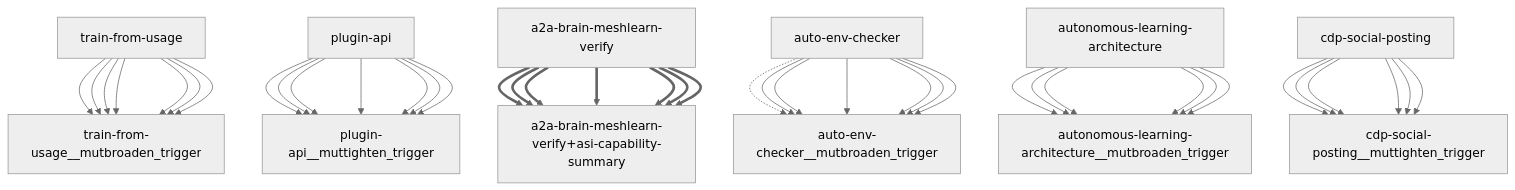
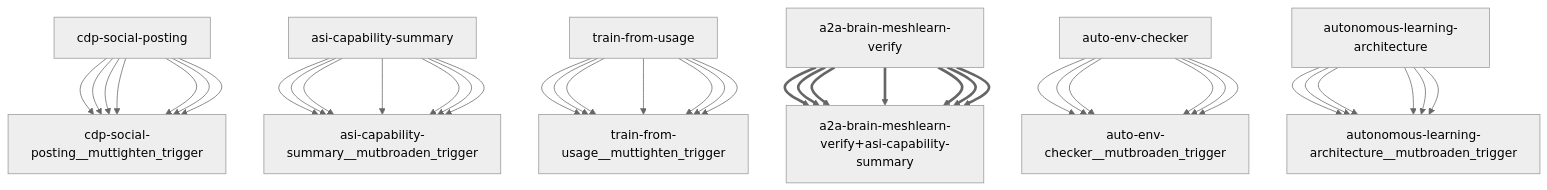
One commit to openamer/openamer changed the diagram in reports/darwin-report.md. Above: the diagram before and after it, drawn with Mermaid (neutral theme). The commit also changed other lines of this file and 7 other files, not shown here.

````diff
--- a/reports/darwin-report.md
+++ b/reports/darwin-report.md
@@ -65,43 +67,43 @@
 ```mermaid
 graph TD
-    train-from-usage["train-from-usage"] --> train-from-usage__mutbroaden_trigger["train-from-usage__mutbroaden_trigger"]
-    plugin-api["plugin-api"] --> plugin-api__muttighten_trigger["plugin-api__muttighten_trigger"]
-    a2a-brain-meshlearn-verify["a2a-brain-meshlearn-verify"] ==> a2a-brain-meshlearn-verify+asi-capability-summary["a2a-brain-meshlearn-verify+asi-capability-summary"]
-    auto-env-checker["auto-env-checker"] -.-> auto-env-checker__mutbroaden_trigger["auto-env-checker__mutbroaden_trigger"]
-    auto-env-checker["auto-env-checker"] --> auto-env-checker__mutbroaden_trigger["auto-env-checker__mutbroaden_trigger"]
-    autonomous-learning-architecture["autonomous-learning-architecture"] --> autonomous-learning-architecture__mutbroaden_trigger["autonomous-learning-architecture__mutbroaden_trigger"]
     cdp-social-posting["cdp-social-posting"] --> cdp-social-posting__muttighten_trigger["cdp-social-posting__muttighten_trigger"]
-    train-from-usage["train-from-usage"] --> train-from-usage__mutbroaden_trigger["train-from-usage__mutbroaden_trigger"]
-    plugin-api["plugin-api"] --> plugin-api__muttighten_trigger["plugin-api__muttighten_trigger"]
+    asi-capability-summary["asi-capability-summary"] --> asi-capability-summary__mutbroaden_trigger["asi-capability-summary__mutbroaden_trigger"]
+    train-from-usage["train-from-usage"] --> train-from-usage__muttighten_trigger["train-from-usage__muttighten_trigger"]
     a2a-brain-meshlearn-verify["a2a-brain-meshlearn-verify"] ==> a2a-brain-meshlearn-verify+asi-capability-summary["a2a-brain-meshlearn-verify+asi-capability-summary"]
     auto-env-checker["auto-env-checker"] --> auto-env-checker__mutbroaden_trigger["auto-env-checker__mutbroaden_trigger"]
     autonomous-learning-architecture["autonomous-learning-architecture"] --> autonomous-learning-architecture__mutbroaden_trigger["autonomous-learning-architecture__mutbroaden_trigger"]
     cdp-social-posting["cdp-social-posting"] --> cdp-social-posting__muttighten_trigger["cdp-social-posting__muttighten_trigger"]
-    train-from-usage["train-from-usage"] --> train-from-usage__mutbroaden_trigger["train-from-usage__mutbroaden_trigger"]
-    plugin-api["plugin-api"] --> plugin-api__muttighten_trigger["plugin-api__muttighten_trigger"]
+    asi-capability-summary["asi-capability-summary"] --> asi-capability-summary__mutbroaden_trigger["asi-capability-summary__mutbroaden_trigger"]
+    train-from-usage["train-from-usage"] --> train-from-usage__muttighten_trigger["train-from-usage__muttighten_trigger"]
     a2a-brain-meshlearn-verify["a2a-brain-meshlearn-verify"] ==> a2a-brain-meshlearn-verify+asi-capability-summary["a2a-brain-meshlearn-verify+asi-capability-summary"]
     auto-env-checker["auto-env-checker"] --> auto-env-checker__mutbroaden_trigger["auto-env-checker__mutbroaden_trigger"]
     autonomous-learning-architecture["autonomous-learning-architecture"] --> autonomous-learning-architecture__mutbroaden_trigger["autonomous-learning-architecture__mutbroaden_trigger"]
     cdp-social-posting["cdp-social-posting"] --> cdp-social-posting__muttighten_trigger["cdp-social-posting__muttighten_trigger"]
-    train-from-usage["train-from-usage"] --> train-from-usage__mutbroaden_trigger["train-from-usage__mutbroaden_trigger"]
-    plugin-api["plugin-api"] --> plugin-api__muttighten_trigger["plugin-api__muttighten_trigger"]
+    asi-capability-summary["asi-capability-summary"] --> asi-capability-summary__mutbroaden_trigger["asi-capability-summary__mutbroaden_trigger"]
+    train-from-usage["train-from-usage"] --> train-from-usage__muttighten_trigger["train-from-usage__muttighten_trigger"]
     a2a-brain-meshlearn-verify["a2a-brain-meshlearn-verify"] ==> a2a-brain-meshlearn-verify+asi-capability-summary["a2a-brain-meshlearn-verify+asi-capability-summary"]
     auto-env-checker["auto-env-checker"] --> auto-env-checker__mutbroaden_trigger["auto-env-checker__mutbroaden_trigger"]
     autonomous-learning-architecture["autonomous-learning-architecture"] --> autonomous-learning-architecture__mutbroaden_trigger["autonomous-learning-architecture__mutbroaden_trigger"]
     cdp-social-posting["cdp-social-posting"] --> cdp-social-posting__muttighten_trigger["cdp-social-posting__muttighten_trigger"]
-    train-from-usage["train-from-usage"] --> train-from-usage__mutbroaden_trigger["train-from-usage__mutbroaden_trigger"]
-    plugin-api["plugin-api"] --> plugin-api__muttighten_trigger["plugin-api__muttighten_trigger"]
+    asi-capability-summary["asi-capability-summary"] --> asi-capability-summary__mutbroaden_trigger["asi-capability-summary__mutbroaden_trigger"]
+    train-from-usage["train-from-usage"] --> train-from-usage__muttighten_trigger["train-from-usage__muttighten_trigger"]
     a2a-brain-meshlearn-verify["a2a-brain-meshlearn-verify"] ==> a2a-brain-meshlearn-verify+asi-capability-summary["a2a-brain-meshlearn-verify+asi-capability-summary"]
     auto-env-checker["auto-env-checker"] --> auto-env-checker__mutbroaden_trigger["auto-env-checker__mutbroaden_trigger"]
     autonomous-learning-architecture["autonomous-learning-architecture"] --> autonomous-learning-architecture__mutbroaden_trigger["autonomous-learning-architecture__mutbroaden_trigger"]
     cdp-social-posting["cdp-social-posting"] --> cdp-social-posting__muttighten_trigger["cdp-social-posting__muttighten_trigger"]
-    train-from-usage["train-from-usage"] --> train-from-usage__mutbroaden_trigger["train-from-usage__mutbroaden_trigger"]
-    plugin-api["plugin-api"] --> plugin-api__muttighten_trigger["plugin-api__muttighten_trigger"]
+    asi-capability-summary["asi-capability-summary"] --> asi-capability-summary__mutbroaden_trigger["asi-capability-summary__mutbroaden_trigger"]
+    train-from-usage["train-from-usage"] --> train-from-usage__muttighten_trigger["train-from-usage__muttighten_trigger"]
     a2a-brain-meshlearn-verify["a2a-brain-meshlearn-verify"] ==> a2a-brain-meshlearn-verify+asi-capability-summary["a2a-brain-meshlearn-verify+asi-capability-summary"]
     auto-env-checker["auto-env-checker"] --> auto-env-checker__mutbroaden_trigger["auto-env-checker__mutbroaden_trigger"]
     autonomous-learning-architecture["autonomous-learning-architecture"] --> autonomous-learning-architecture__mutbroaden_trigger["autonomous-learning-architecture__mutbroaden_trigger"]
     cdp-social-posting["cdp-social-posting"] --> cdp-social-posting__muttighten_trigger["cdp-social-posting__muttighten_trigger"]
-    train-from-usage["train-from-usage"] --> train-from-usage__mutbroaden_trigger["train-from-usage__mutbroaden_trigger"]
-    plugin-api["plugin-api"] --> plugin-api__muttighten_trigger["plugin-api__muttighten_trigger"]
+    asi-capability-summary["asi-capability-summary"] --> asi-capability-summary__mutbroaden_trigger["asi-capability-summary__mutbroaden_trigger"]
+    train-from-usage["train-from-usage"] --> train-from-usage__muttighten_trigger["train-from-usage__muttighten_trigger"]
+    a2a-brain-meshlearn-verify["a2a-brain-meshlearn-verify"] ==> a2a-brain-meshlearn-verify+asi-capability-summary["a2a-brain-meshlearn-verify+asi-capability-summary"]
+    auto-env-checker["auto-env-checker"] --> auto-env-checker__mutbroaden_trigger["auto-env-checker__mutbroaden_trigger"]
+    autonomous-learning-architecture["autonomous-learning-architecture"] --> autonomous-learning-architecture__mutbroaden_trigger["autonomous-learning-architecture__mutbroaden_trigger"]
+    cdp-social-posting["cdp-social-posting"] --> cdp-social-posting__muttighten_trigger["cdp-social-posting__muttighten_trigger"]
+    asi-capability-summary["asi-capability-summary"] --> asi-capability-summary__mutbroaden_trigger["asi-capability-summary__mutbroaden_trigger"]
+    train-from-usage["train-from-usage"] --> train-from-usage__muttighten_trigger["train-from-usage__muttighten_trigger"]
     a2a-brain-meshlearn-verify["a2a-brain-meshlearn-verify"] ==> a2a-brain-meshlearn-verify+asi-capability-summary["a2a-brain-meshlearn-verify+asi-capability-summary"]
 ```
````
